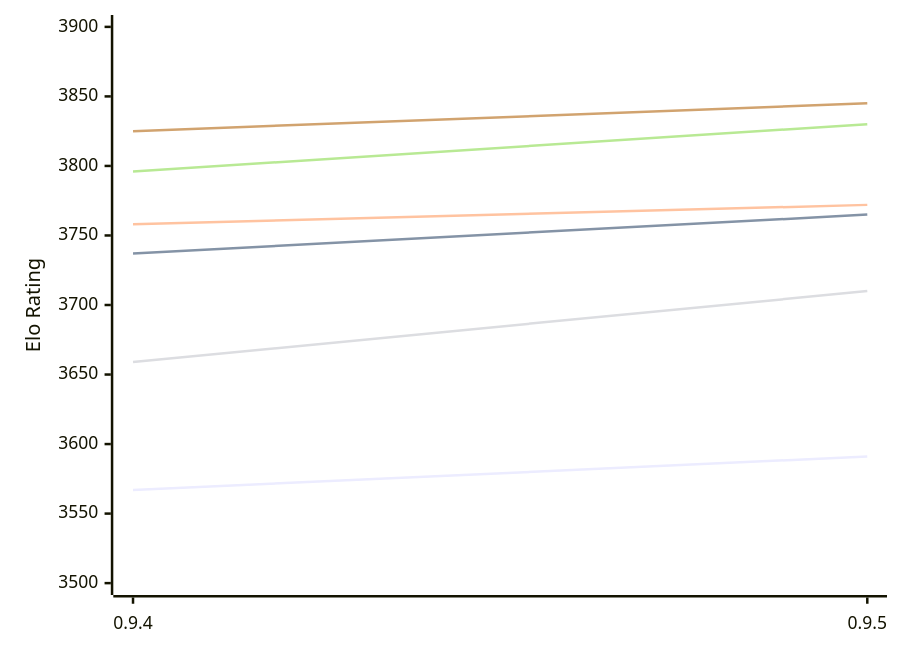
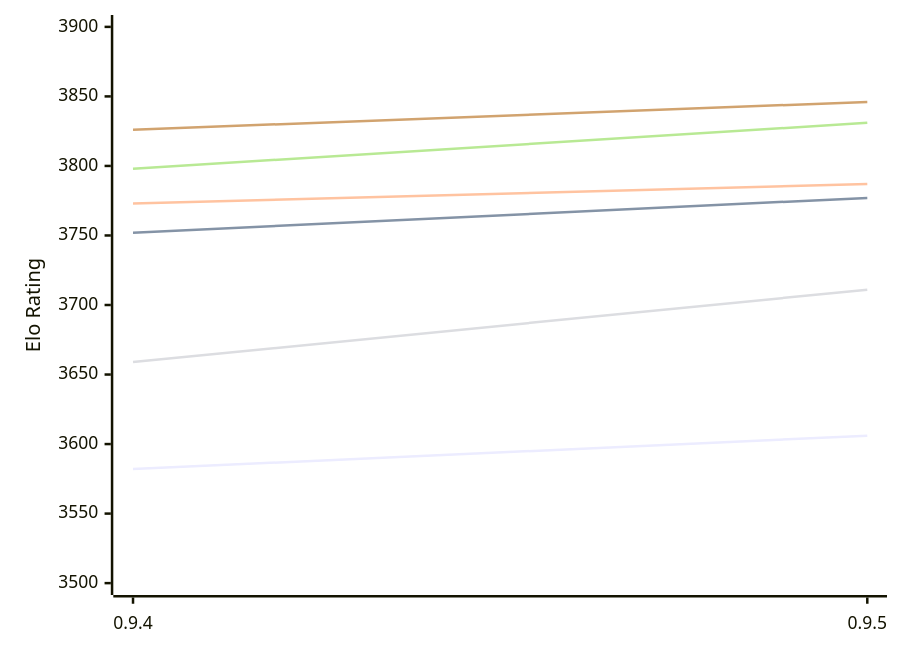
The first of 2 diagrams in engines/Coda.md (computer-chess-index/cci), drawn with Mermaid before and after one commit. The commit also changed other lines of this file, not shown here.

Commit message:
Update CCI Ratings (ELO VLTC) - 2026-11-11

````diff
--- a/engines/Coda.md
+++ b/engines/Coda.md
@@ -52,12 +52,12 @@
 ```mermaid
 %%{init: {"theme":"base","themeVariables":{"seriesColors:['#a3a3a3','#222221','#faa371']}}}%%
 xychart-beta
   x-axis ["0.9.4", "0.9.5"]
   y-axis "Elo Rating" 3500 --> 3900
-  line "E1: STC (8.0+0.08s)" [3567, 3591]
-  line "E1: LTC (60.0+0.60s)" [3737, 3765]
-  line "E1: VLTC (2m24s+1.12s)" [3758, 3772]
-  line "P1: STC (8.0+0.08s)" [3659, 3710]
-  line "P1: LTC (60.0+0.60s)" [3796, 3830]
-  line "P1: VLTC (2m24s+1.12s)" [3825, 3845]
+  line "E1: STC (8.0+0.08s)" [3582, 3606]
+  line "E1: LTC (60.0+0.60s)" [3752, 3777]
+  line "E1: VLTC (2m24s+1.12s)" [3773, 3787]
+  line "P1: STC (8.0+0.08s)" [3659, 3711]
+  line "P1: LTC (60.0+0.60s)" [3798, 3831]
+  line "P1: VLTC (2m24s+1.12s)" [3826, 3846]
 ```
````
